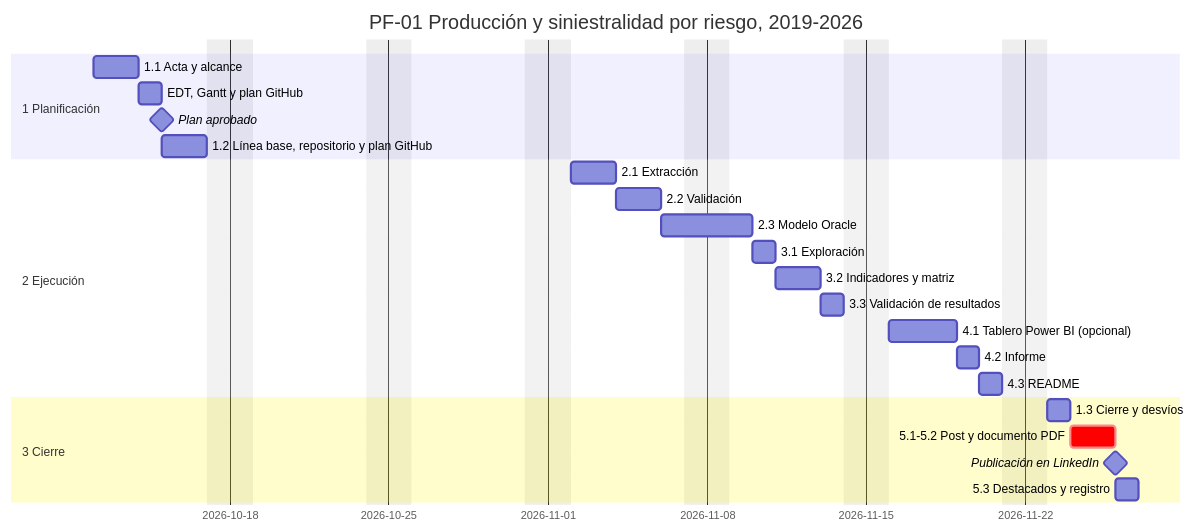
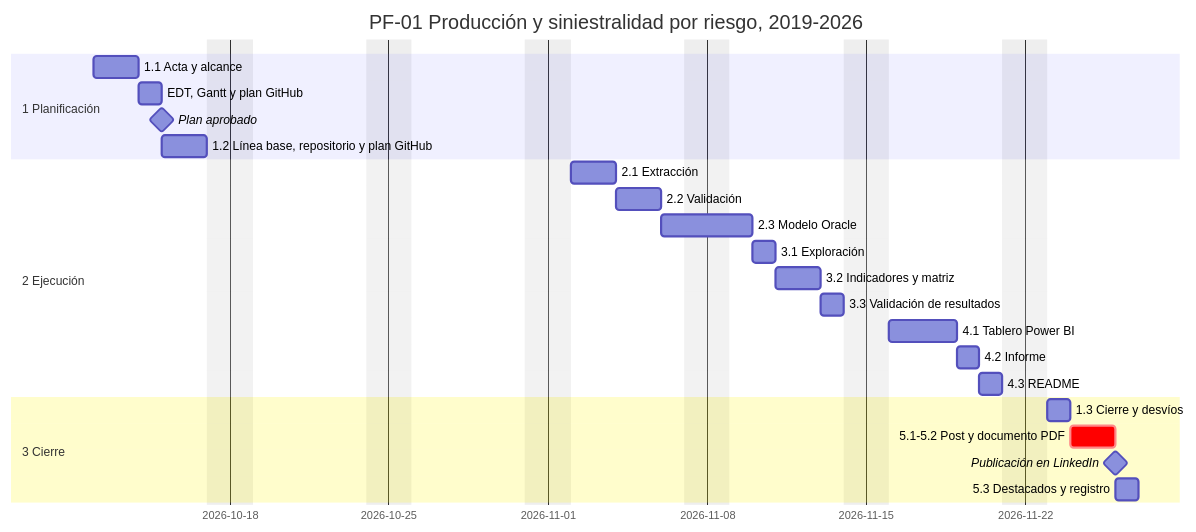
One commit to josecaychoa/pf-01-siniestralidad-sbs changed the second of 2 diagrams in docs/02_edt_gantt.md. Above: the diagram before and after it, drawn with Mermaid.

Commit message:
Remove 'opcional' from Power BI task description

````diff
--- a/docs/02_edt_gantt.md
+++ b/docs/02_edt_gantt.md
@@ -53,28 +53,28 @@
 ```mermaid
 gantt
     title PF-01 Producción y siniestralidad por riesgo, 2019-2026
     dateFormat YYYY-MM-DD
     excludes weekends
     %% Feriados nacionales en días hábiles entre 2026-10-12 y 2026-11-27: ninguno
     %% (09 v1.2; el 1 de noviembre de 2026 cae en domingo). Confirmar en gob.pe.
     section 1 Planificación
     1.1 Acta y alcance                 :p1, 2026-10-12, 2d
     EDT, Gantt y plan GitHub           :p2, after p1, 1d
     Plan aprobado                      :milestone, m1, after p2, 0d
     1.2 Línea base, repositorio y plan GitHub :p3, after m1, 2d
     section 2 Ejecución
     2.1 Extracción                     :e1, 2026-11-02, 2d
     2.2 Validación                     :e2, after e1, 2d
     2.3 Modelo Oracle                  :e3, after e2, 2d
     3.1 Exploración                    :e4, after e3, 1d
     3.2 Indicadores y matriz           :e5, after e4, 2d
     3.3 Validación de resultados       :e6, after e5, 1d
-    4.1 Tablero Power BI (opcional)    :e7, after e6, 3d
+    4.1 Tablero Power BI               :e7, after e6, 3d
     4.2 Informe                        :e8, after e7, 1d
     4.3 README                         :e9, after e8, 1d
     section 3 Cierre
     1.3 Cierre y desvíos               :s1, after e9, 1d
     5.1-5.2 Post y documento PDF       :crit, s2, after s1, 2d
     Publicación en LinkedIn            :milestone, m2, 2026-11-26, 0d
     5.3 Destacados y registro          :s3, 2026-11-26, 1d
 ```
````
